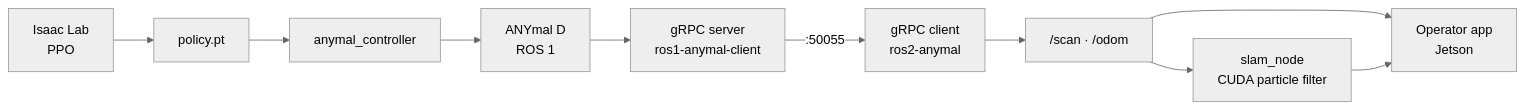
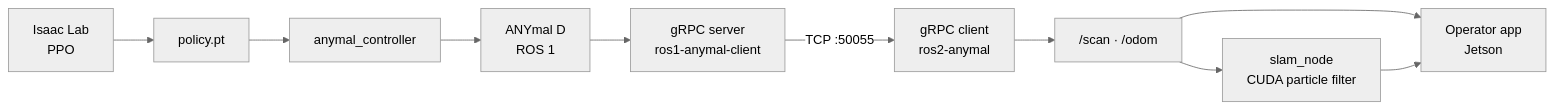
Before and after one commit to ricardo-ochoa/anySLAM: the diagram in README.en.md, drawn with Mermaid (neutral theme). The commit also changed other lines of this file and 7 other files, not shown here.

````diff
--- a/README.en.md
+++ b/README.en.md
@@ -22,10 +61,10 @@
 ```mermaid
 graph LR
   A["ANYmal D<br/>ROS 1"] --> B["gRPC server<br/>ros1-anymal-client"]
-  B -->|":50055"| C["gRPC client<br/>ros2-anymal"]
+  B -->|"TCP :50055"| C["gRPC client<br/>ros2-anymal"]
   C --> D["/scan · /odom"]
   D --> E["slam_node<br/>CUDA particle filter"]
   D --> F["Operator app<br/>Jetson"]
   E --> F
   G["Isaac Lab<br/>PPO"] --> H["policy.pt"] --> I["anymal_controller"] --> A
 ```
````
